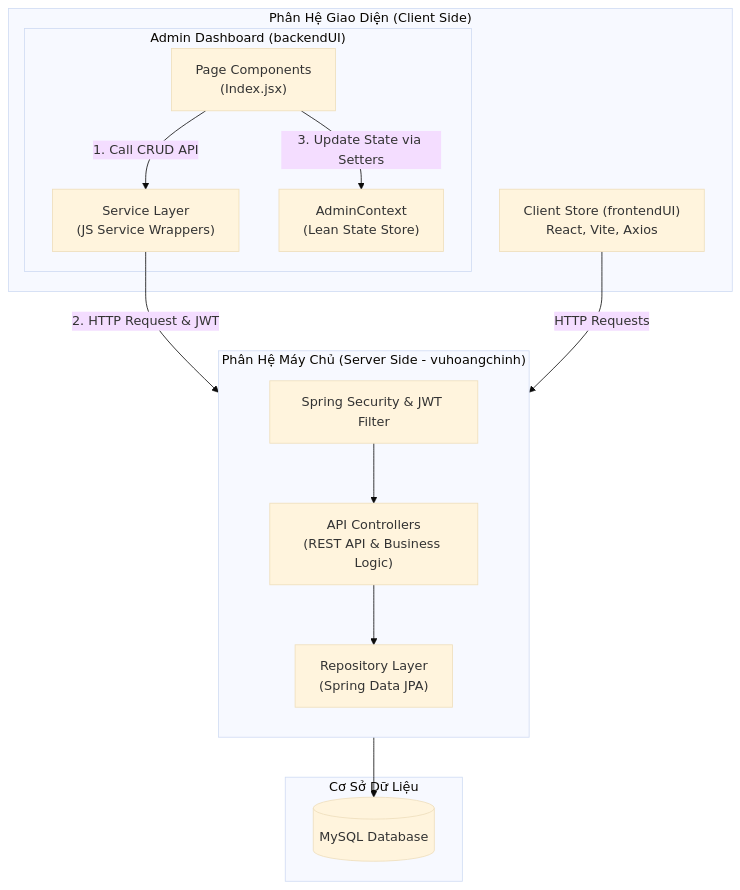
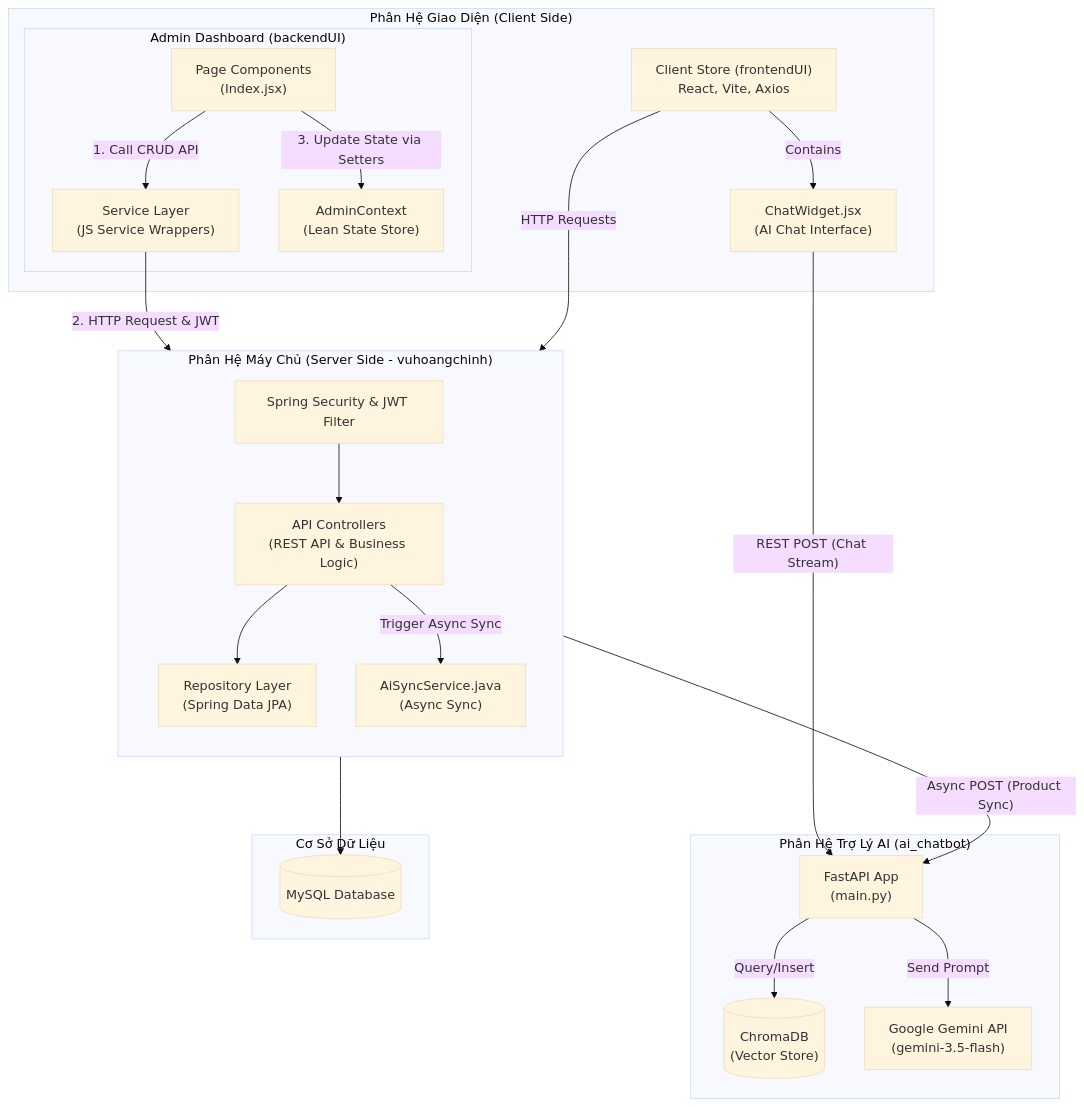
The first of 2 diagrams in README.md (VuHoangChinh222/Web-2), drawn with Mermaid (base theme) before and after one commit. The commit also changed other lines of this file and 10 other files, not shown here.

````diff
--- a/README.md
+++ b/README.md
@@ -18,31 +18,46 @@
 ```mermaid
 graph TD
     subgraph Clients ["Phân Hệ Giao Diện (Client Side)"]
         subgraph AdminUI ["Admin Dashboard (backendUI)"]
             A["Page Components<br/>(Index.jsx)"]
             AS["Service Layer<br/>(JS Service Wrappers)"]
             AC["AdminContext<br/>(Lean State Store)"]
             A -->|1. Call CRUD API| AS
             A -->|3. Update State via Setters| AC
         end
         B["Client Store (frontendUI)<br/>React, Vite, Axios"]
+        ChatWidget["ChatWidget.jsx<br/>(AI Chat Interface)"]
+        B -->|Contains| ChatWidget
     end
 
     subgraph Service ["Phân Hệ Máy Chủ (Server Side - vuhoangchinh)"]
         direction TB
         D["Spring Security & JWT Filter"]
         C["API Controllers<br/>(REST API & Business Logic)"]
         F["Repository Layer<br/>(Spring Data JPA)"]
+        SyncService["AiSyncService.java<br/>(Async Sync)"]
         
         D --> C
         C --> F
+        C -->|Trigger Async Sync| SyncService
+    end
+
+    subgraph AIServer ["Phân Hệ Trợ Lý AI (ai_chatbot)"]
+        FastAPI["FastAPI App<br/>(main.py)"]
+        ChromaDB[("ChromaDB<br/>(Vector Store)")]
+        Gemini["Google Gemini API<br/>(gemini-3.5-flash)"]
+        
+        FastAPI -->|Query/Insert| ChromaDB
+        FastAPI -->|Send Prompt| Gemini
     end
 
     subgraph Database ["Cơ Sở Dữ Liệu"]
         G[("MySQL Database")]
     end
 
     AS -- "2. HTTP Request & JWT" --> D
     B -- "HTTP Requests" --> D
     F --> G
+    SyncService -- "Async POST (Product Sync)" --> FastAPI
+    ChatWidget -- "REST POST (Chat Stream)" --> FastAPI
 ```
````
